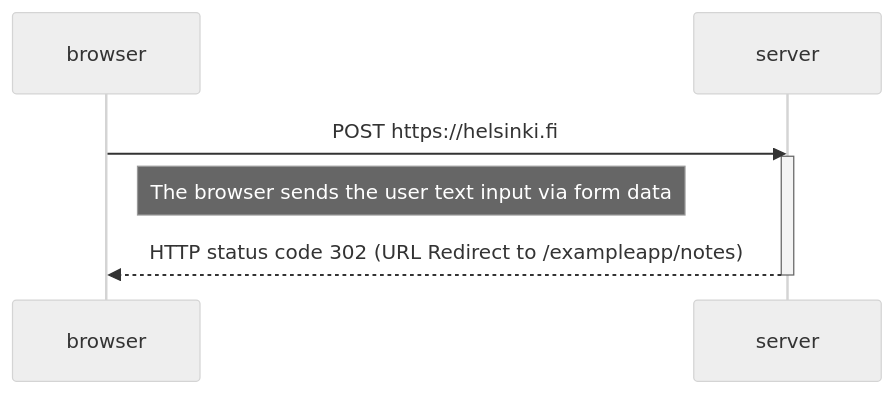
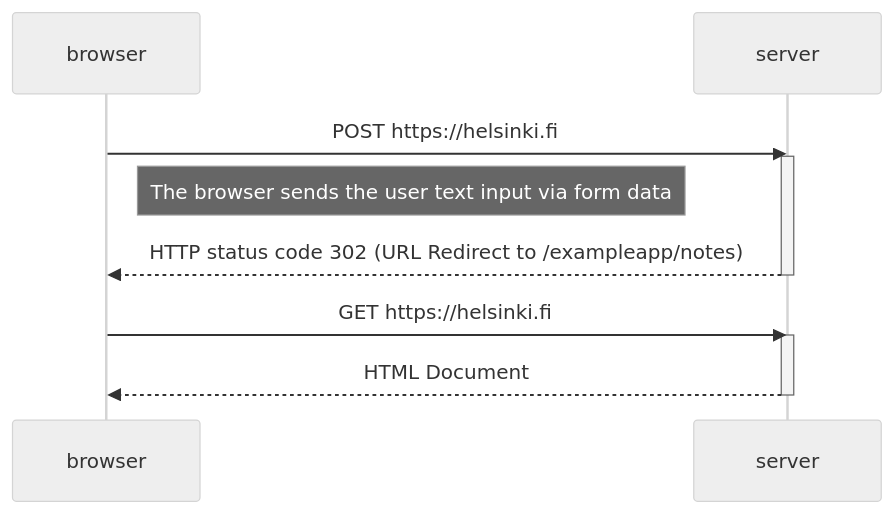
One commit to gokuman86/fullstackopen changed the diagram in part0/0.4.md. Above: the diagram before and after it, drawn with Mermaid (neutral theme).

````diff
--- a/part0/0.4.md
+++ b/part0/0.4.md
@@ -1,14 +1,18 @@
 ```mermaid
 sequenceDiagram
   participant browser
   participant server
 
   %% 1. The User Submits a New Note
   browser->>server: POST https://helsinki.fi
   activate server
   note right of browser: The browser sends the user text input via form data
   server-->>browser: HTTP status code 302 (URL Redirect to /exampleapp/notes)
   deactivate server
 
-  %%2. 
+  %% 2. Browser Reloads the Notes Page
+  browser->>server: GET https://helsinki.fi
+  activate server
+  server-->>browser: HTML Document
+  deactivate server 
 ```
````
